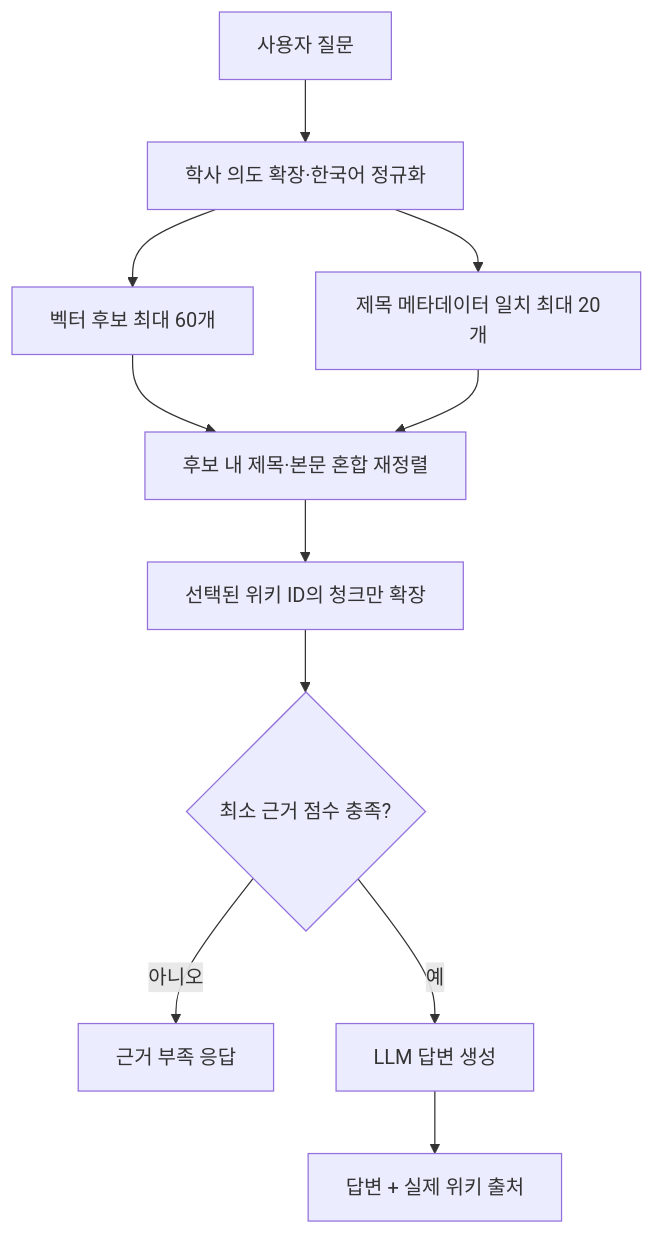
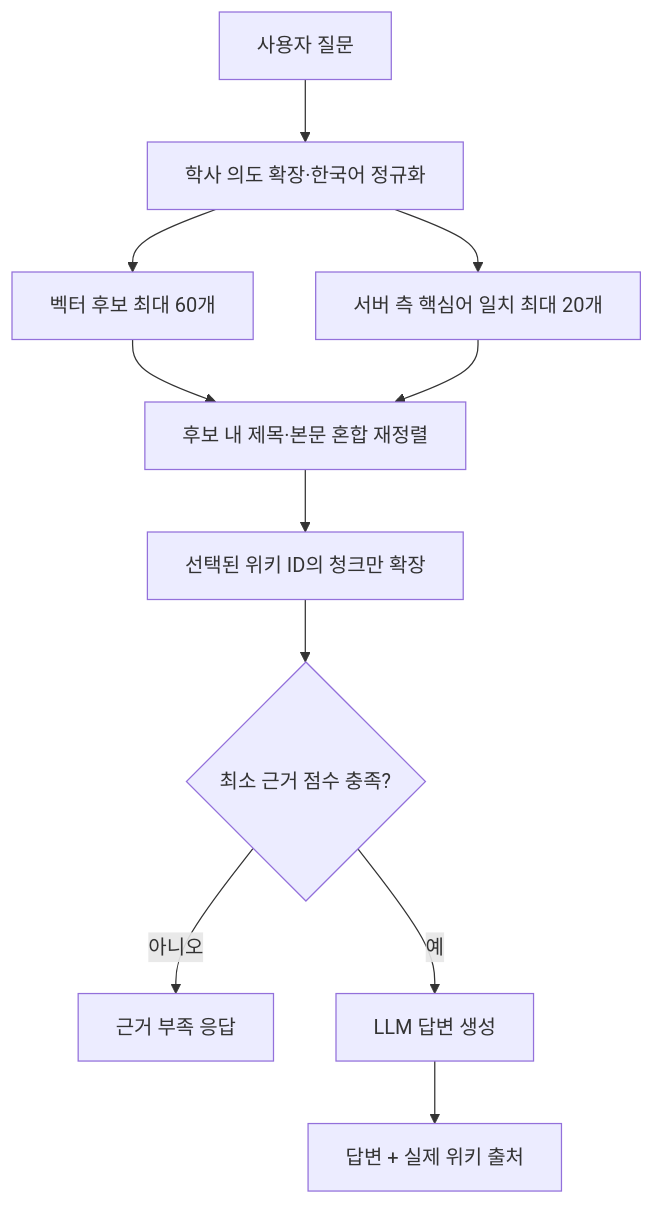
Before and after one commit to woosukkk/UniWiki-AI: the third of 3 diagrams in docs/architecture.md, drawn with Mermaid. The commit also changed other lines of this file and 6 other files, not shown here.

````diff
--- a/docs/architecture.md
+++ b/docs/architecture.md
@@ -74,13 +74,13 @@
 ```mermaid
 flowchart TD
     Q[사용자 질문] --> E[학사 의도 확장·한국어 정규화]
     E --> VS[벡터 후보 최대 60개]
-    E --> TM[제목 메타데이터 일치 최대 20개]
+    E --> TM[서버 측 핵심어 일치 최대 20개]
     VS --> H[후보 내 제목·본문 혼합 재정렬]
     TM --> H
     H --> K[선택된 위키 ID의 청크만 확장]
     K --> G{최소 근거 점수 충족?}
     G -- 아니오 --> N[근거 부족 응답]
     G -- 예 --> L[LLM 답변 생성]
     L --> R[답변 + 실제 위키 출처]
 ```
````
